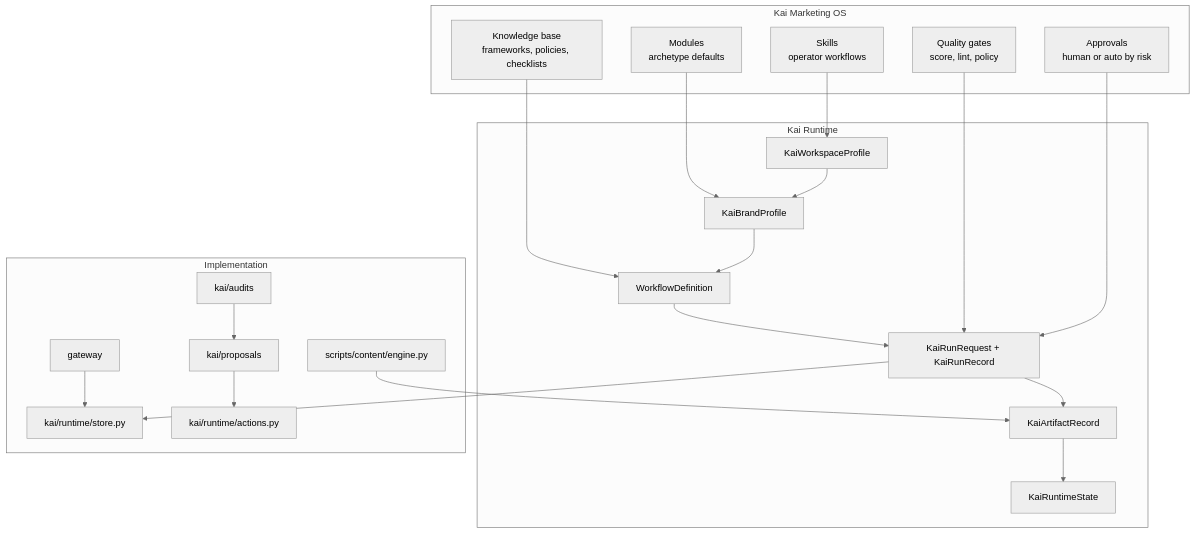
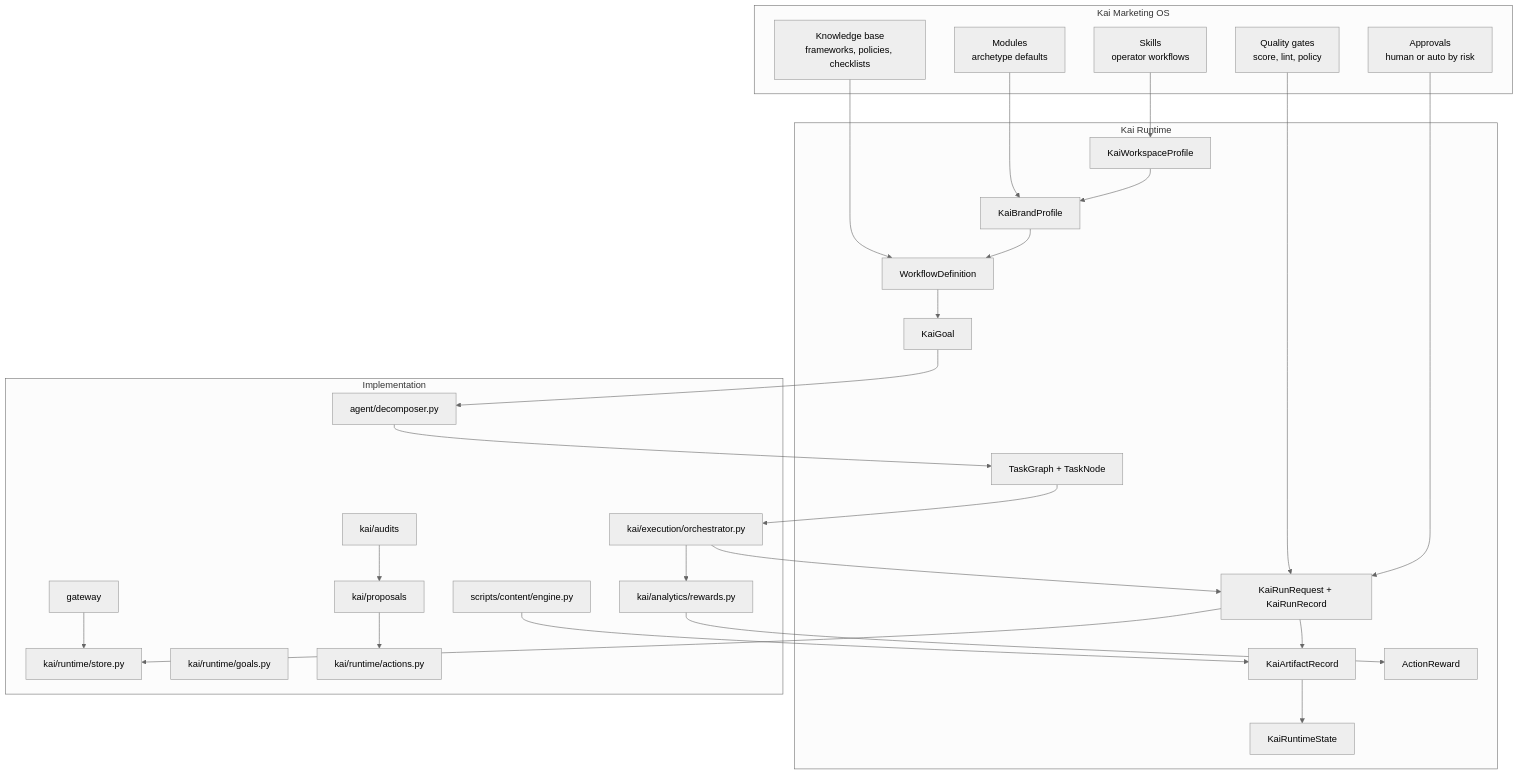
One commit to cgallic/kai-cmo-harness changed the first of 3 diagrams in docs/system/runtime-map.md. Above: the diagram before and after it, drawn with Mermaid (neutral theme). The commit also changed other lines of this file and 224 other files, not shown here.

Commit message:
feat: implement goals registry, task graph decomposer, closed-loop rewards, and auto-research integrations with system documentation

````diff
--- a/docs/system/runtime-map.md
+++ b/docs/system/runtime-map.md
@@ -9,44 +9,57 @@
 ```mermaid
 flowchart TB
     subgraph Product["Kai Marketing OS"]
         Skills["Skills<br/>operator workflows"]
         Modules["Modules<br/>archetype defaults"]
         Knowledge["Knowledge base<br/>frameworks, policies, checklists"]
         Quality["Quality gates<br/>score, lint, policy"]
         Approval["Approvals<br/>human or auto by risk"]
     end
 
     subgraph Runtime["Kai Runtime"]
         Workspace["KaiWorkspaceProfile"]
         Brand["KaiBrandProfile"]
         Workflow["WorkflowDefinition"]
+        Goal["KaiGoal"]
+        TaskGraph["TaskGraph + TaskNode"]
         Run["KaiRunRequest + KaiRunRecord"]
         Artifact["KaiArtifactRecord"]
         State["KaiRuntimeState"]
+        Reward["ActionReward"]
     end
 
     subgraph Implementation["Implementation"]
         Content["scripts/content/engine.py"]
         Audits["kai/audits"]
         Proposals["kai/proposals"]
         Store["kai/runtime/store.py"]
+        GoalsStore["kai/runtime/goals.py"]
+        Decomposer["agent/decomposer.py"]
+        Orchestrator["kai/execution/orchestrator.py"]
+        RewardsStore["kai/analytics/rewards.py"]
         Gateway["gateway"]
         Actions["kai/runtime/actions.py"]
     end
 
     Skills --> Workspace
     Modules --> Brand
     Knowledge --> Workflow
     Workspace --> Brand
     Brand --> Workflow
-    Workflow --> Run
+    Workflow --> Goal
+    Goal --> Decomposer
+    Decomposer --> TaskGraph
+    TaskGraph --> Orchestrator
+    Orchestrator --> Run
+    Orchestrator --> RewardsStore
+    RewardsStore --> Reward
     Run --> Artifact
     Artifact --> State
     Quality --> Run
     Approval --> Run
     Run --> Store
     Content --> Artifact
     Audits --> Proposals
     Proposals --> Actions
     Gateway --> Store
 ```
````
